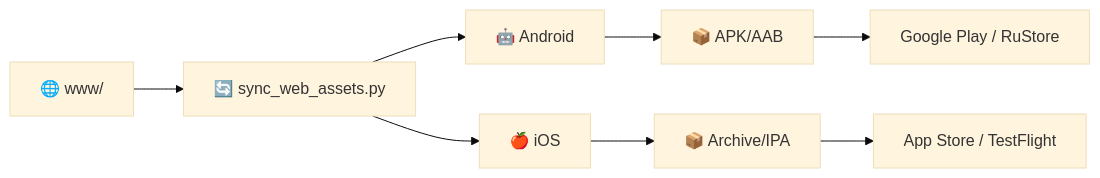
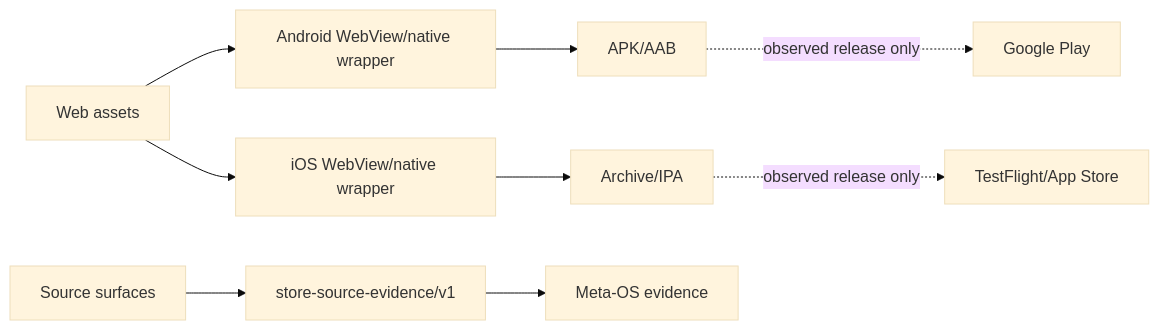
Before and after one commit to Shtenco/synergy_app: the diagram in README.md, drawn with Mermaid (base theme). The commit also changed other lines of this file, not shown here.

Commit message:
docs: rebuild README from verified source, tests and release boundaries

````diff
--- a/README.md
+++ b/README.md
@@ -118,10 +188,11 @@
 ```mermaid
 flowchart LR
-    WWW[🌐 www/] --> SYNC[🔄 sync_web_assets.py]
-    SYNC --> AND[🤖 Android]
-    SYNC --> IOS[🍎 iOS]
-    AND --> AAB[📦 APK/AAB]
-    IOS --> IPA[📦 Archive/IPA]
-    AAB --> STORE[Google Play / RuStore]
-    IPA --> APPSTORE[App Store / TestFlight]
+    WWW[Web assets] --> AND[Android WebView/native wrapper]
+    WWW --> IOS[iOS WebView/native wrapper]
+    AND --> AAB[APK/AAB]
+    IOS --> IPA[Archive/IPA]
+    SRC[Source surfaces] --> HASH[store-source-evidence/v1]
+    HASH --> META[Meta-OS evidence]
+    AAB -. observed release only .-> STORE1[Google Play]
+    IPA -. observed release only .-> STORE2[TestFlight/App Store]
 ```
````
